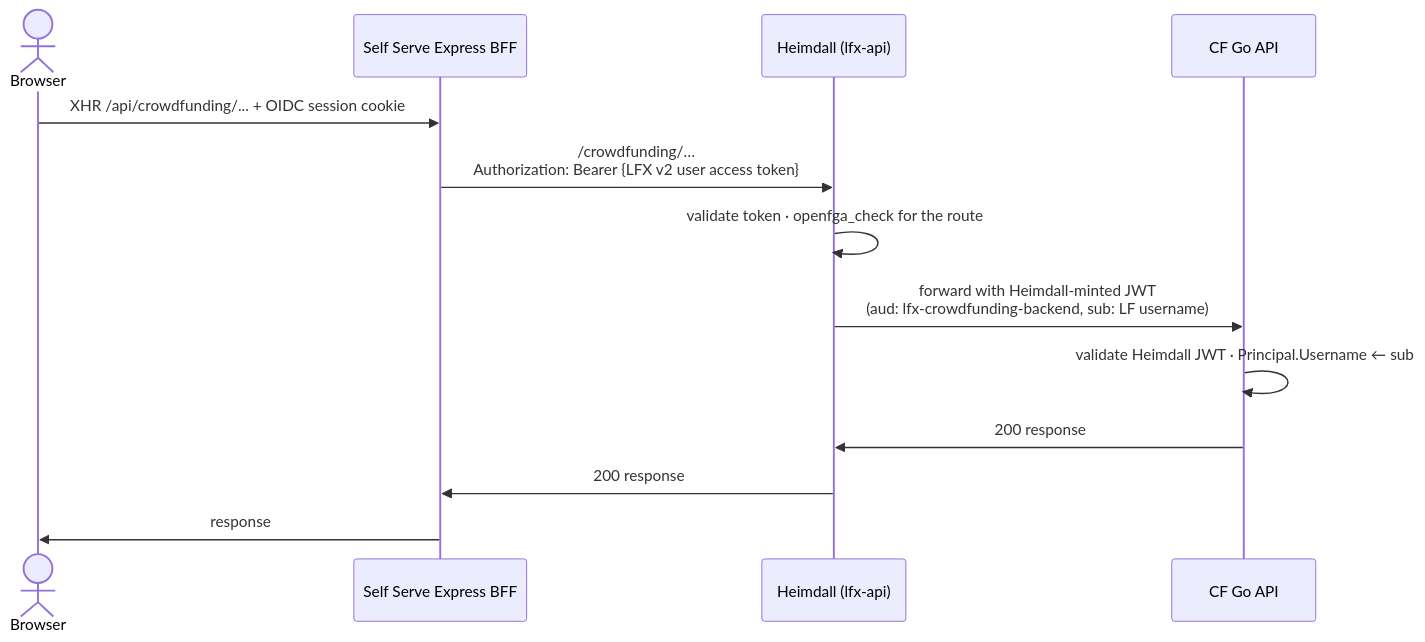
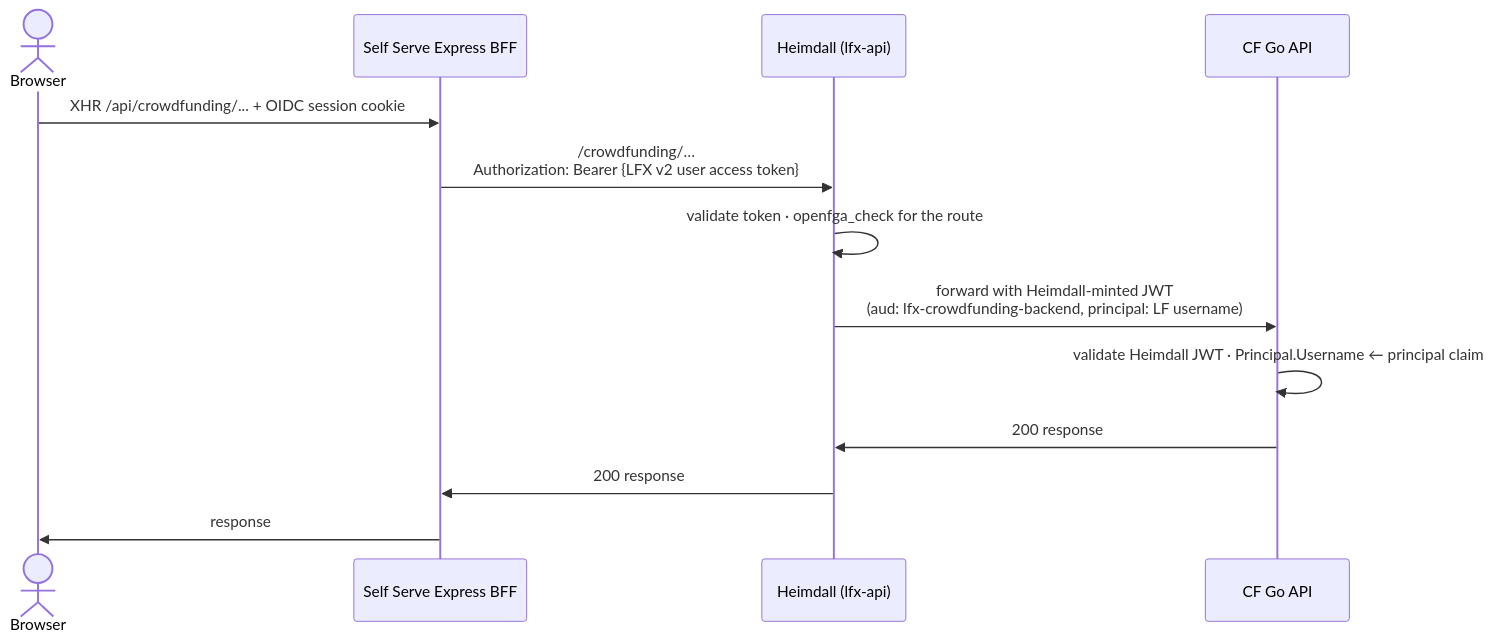
One commit to linuxfoundation/lfx-crowdfunding changed the fifth of 8 diagrams in docs/authentication-architecture.md. Above: the diagram before and after it, drawn with Mermaid. The commit also changed 1 other file, not shown here.

Commit message:
docs(auth): heimdall carries the caller in the principal claim

````diff
--- a/docs/authentication-architecture.md
+++ b/docs/authentication-architecture.md
@@ -205,16 +205,16 @@
 ```mermaid
 sequenceDiagram
     actor User as Browser
     participant SSBFF as Self Serve Express BFF
     participant GW as Heimdall (lfx-api)
     participant API as CF Go API
 
     User->>SSBFF: XHR /api/crowdfunding/... + OIDC session cookie
     SSBFF->>GW: /crowdfunding/…<br/>Authorization: Bearer {LFX v2 user access token}
     GW->>GW: validate token · openfga_check for the route
-    GW->>API: forward with Heimdall-minted JWT<br/>(aud: lfx-crowdfunding-backend, sub: LF username)
-    API->>API: validate Heimdall JWT · Principal.Username ← sub
+    GW->>API: forward with Heimdall-minted JWT<br/>(aud: lfx-crowdfunding-backend, principal: LF username)
+    API->>API: validate Heimdall JWT · Principal.Username ← principal claim
     API->>GW: 200 response
     GW->>SSBFF: 200 response
     SSBFF->>User: response
 ```
````
